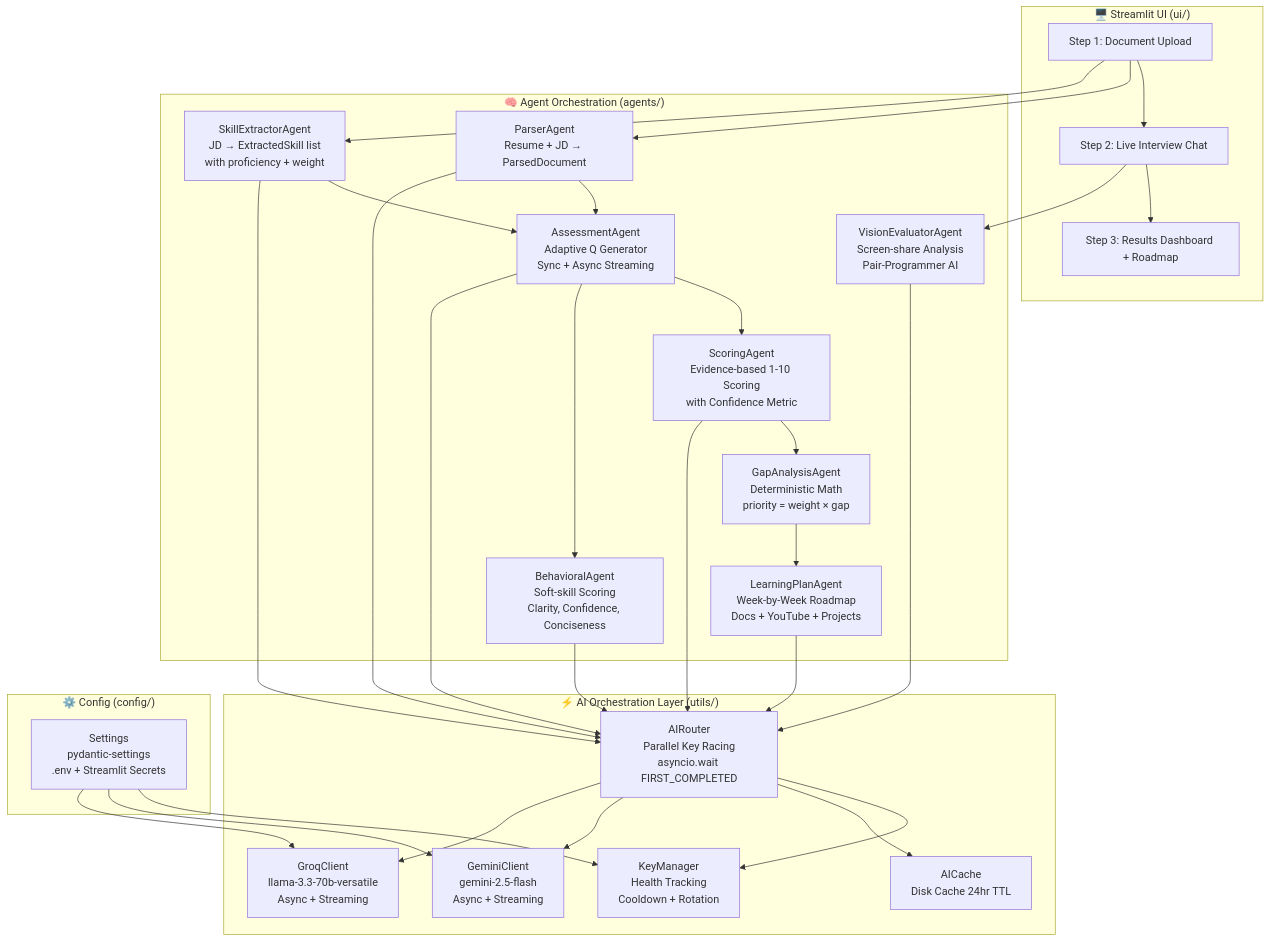
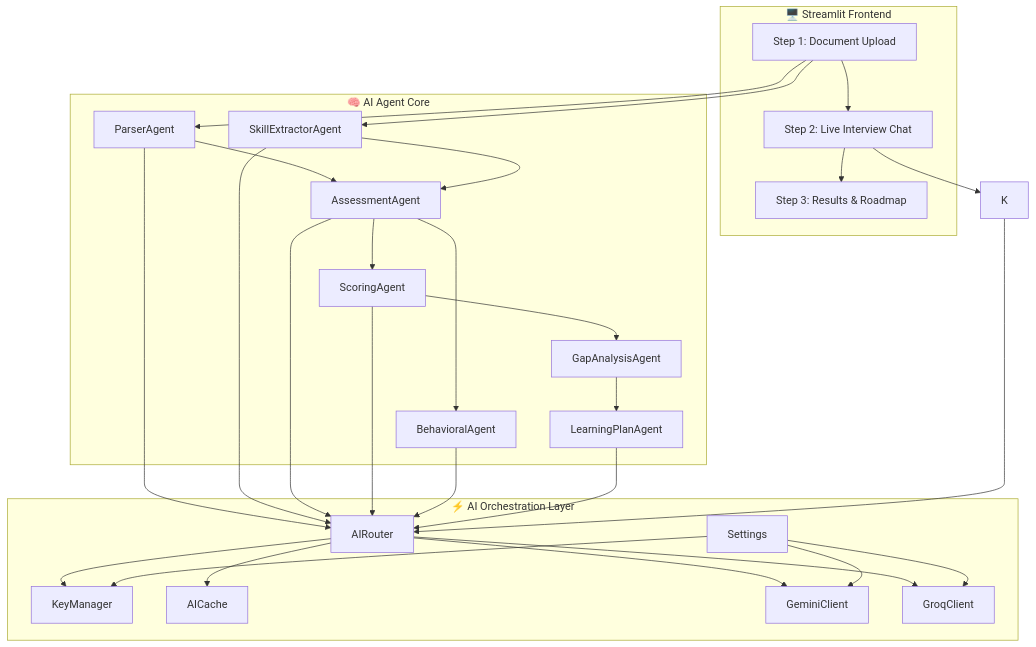
One commit to Saineelareddy/Catalyst_deccan_ai_snr changed the first of 4 diagrams in README.md. Above: the diagram before and after it, drawn with Mermaid. The commit also changed other lines of this file and 7 other files, not shown here.

Commit message:
docs: rebrand to AI Skill Assessment and update README with professional screenshots

````diff
--- a/README.md
+++ b/README.md
@@ -63,48 +63,43 @@
 ```mermaid
 flowchart TD
-    subgraph UI ["🖥️ Streamlit UI (ui/)"]
+    subgraph UI ["🖥️ Streamlit Frontend"]
         A[Step 1: Document Upload] --> B[Step 2: Live Interview Chat]
-        B --> C[Step 3: Results Dashboard + Roadmap]
+        B --> C[Step 3: Results & Roadmap]
+    end
+    subgraph Logic ["🧠 AI Agent Core"]
+        D[ParserAgent]
+        E[SkillExtractorAgent]
+        F[AssessmentAgent]
+        G[ScoringAgent]
+        H[BehavioralAgent]
+        I[GapAnalysisAgent]
+        J[LearningPlanAgent]
     end
 
-    subgraph Core ["🧠 Agent Orchestration (agents/)"]
-        D[ParserAgent\nResume + JD → ParsedDocument]
-        E[SkillExtractorAgent\nJD → ExtractedSkill list\nwith proficiency + weight]
-        F[AssessmentAgent\nAdaptive Q Generator\nSync + Async Streaming]
-        G[ScoringAgent\nEvidence-based 1-10 Scoring\nwith Confidence Metric]
-        H[BehavioralAgent\nSoft-skill Scoring\nClarity, Confidence, Conciseness]
-        I[GapAnalysisAgent\nDeterministic Math\npriority = weight × gap]
-        J[LearningPlanAgent\nWeek-by-Week Roadmap\nDocs + YouTube + Projects]
-        K[VisionEvaluatorAgent\nScreen-share Analysis\nPair-Programmer AI]
-    end
-
-    subgraph AILayer ["⚡ AI Orchestration Layer (utils/)"]
-        L[AIRouter\nParallel Key Racing\nasyncio.wait FIRST_COMPLETED]
-        M[KeyManager\nHealth Tracking\nCooldown + Rotation]
-        N[AICache\nDisk Cache 24hr TTL]
-        O[GeminiClient\ngemini-2.5-flash\nAsync + Streaming]
-        P[GroqClient\nllama-3.3-70b-versatile\nAsync + Streaming]
-    end
-
-    subgraph Config ["⚙️ Config (config/)"]
-        Q[Settings\npydantic-settings\n.env + Streamlit Secrets]
+    subgraph Infra ["⚡ AI Orchestration Layer"]
+        L[AIRouter]
+        M[KeyManager]
+        N[AICache]
+        O[GeminiClient]
+        P[GroqClient]
+        Q[Settings]
     end
 
     A --> D
     A --> E
     D --> F
     E --> F
     F --> G
     F --> H
     G --> I
     I --> J
     B --> K
     D & E & F & G & H & J & K --> L
     L --> M
     L --> N
     L --> O
     L --> P
     Q --> M
     Q --> O
     Q --> P
 ```
````
